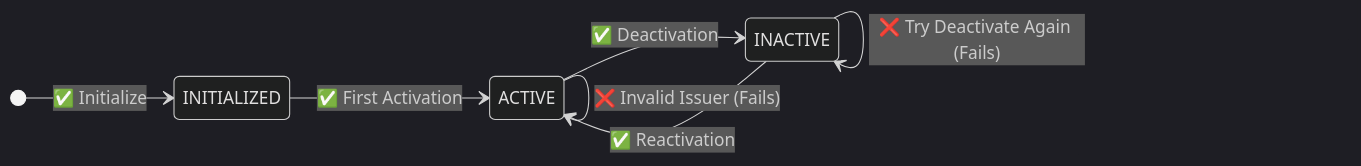
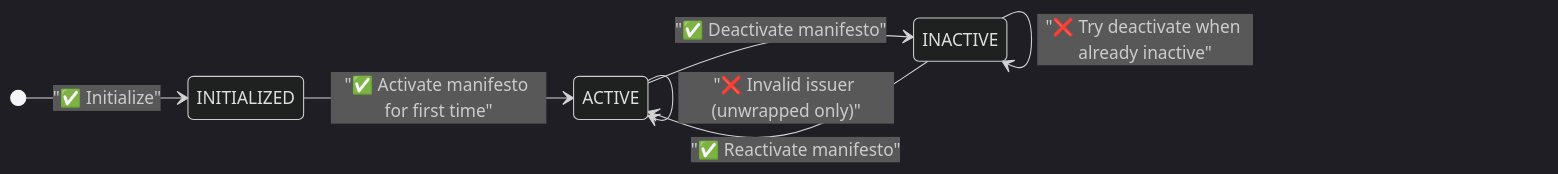
One commit to Consensys-Network-State/signet-execution-prototype changed the second of 4 diagrams in lua-actor/src/tests/manifesto/manifesto.md. Above: the diagram before and after it, drawn with Mermaid (dark theme). The commit also changed other lines of this file, not shown here.

````diff
--- a/lua-actor/src/tests/manifesto/manifesto.md
+++ b/lua-actor/src/tests/manifesto/manifesto.md
@@ -35,13 +35,13 @@
 ```mermaid
 stateDiagram-v2
     direction LR
-    [*] --> INITIALIZED: ✅ Initialize
-    INITIALIZED --> ACTIVE: ✅ First Activation
-    ACTIVE --> INACTIVE: ✅ Deactivation
-    INACTIVE --> INACTIVE: ❌ Try Deactivate Again (Fails)
-    INACTIVE --> ACTIVE: ✅ Reactivation
-    ACTIVE --> ACTIVE: ✅ Alice Signs
-    ACTIVE --> ACTIVE: ✅ Bob Signs
-    ACTIVE --> ACTIVE: ❌ Invalid Input ID (Fails)
-    ACTIVE --> ACTIVE: ❌ Invalid Issuer (Fails)
+    [*] --> INITIALIZED: "✅ Initialize"
+    INITIALIZED --> ACTIVE: "✅ Activate manifesto for first time"
+    ACTIVE --> INACTIVE: "✅ Deactivate manifesto"
+    INACTIVE --> INACTIVE: "❌ Try deactivate when already inactive"
+    INACTIVE --> ACTIVE: "✅ Reactivate manifesto"
+    ACTIVE --> ACTIVE: "✅ Alice signs manifesto"
+    ACTIVE --> ACTIVE: "✅ Bob signs manifesto"
+    ACTIVE --> ACTIVE: "❌ Invalid input ID"
+    ACTIVE --> ACTIVE: "❌ Invalid issuer (unwrapped only)"
 ```
````
